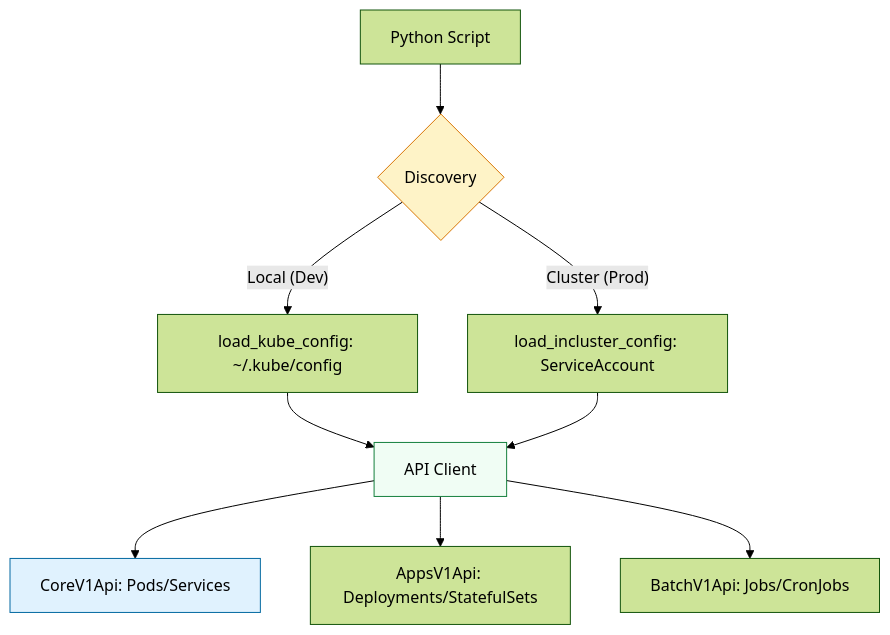
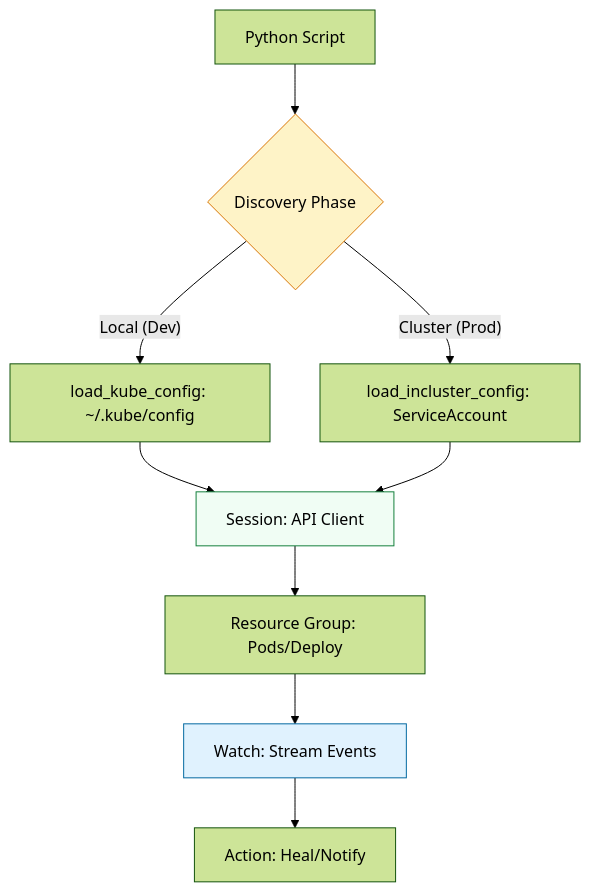
The diagram in 2-Intermediate/02-Phase-2/01-Infrastructure-Automation/01-Scripting-Automation/02-Python-for-Infrastructure/03-Part-3-The-Building-Blocks/03-Container-and-K8s-SDKs/README.md (Ganil151/Devops), drawn with Mermaid (forest theme) before and after one commit. The commit also changed other lines of this file and 490 other files, not shown here.

````diff
--- a/2-Intermediate/02-Phase-2/01-Infrastructure-Automation/01-Scripting-Automation/02-Python-for-Infrastructure/03-Part-3-The-Building-Blocks/03-Container-and-K8s-SDKs/README.md
+++ b/2-Intermediate/02-Phase-2/01-Infrastructure-Automation/01-Scripting-Automation/02-Python-for-Infrastructure/03-Part-3-The-Building-Blocks/03-Container-and-K8s-SDKs/README.md
@@ -33,14 +40,14 @@
 ```mermaid
 graph TD
-    A[Python Script] --> B{Discovery}
+    A[Python Script] --> B{Discovery Phase}
     B -- Local (Dev) --> C[load_kube_config: ~/.kube/config]
     B -- Cluster (Prod) --> D[load_incluster_config: ServiceAccount]
-    C & D --> E[API Client]
-    E --> F[CoreV1Api: Pods/Services]
-    E --> G[AppsV1Api: Deployments/StatefulSets]
-    E --> H[BatchV1Api: Jobs/CronJobs]
+    C & D --> E[Session: API Client]
+    E --> F[Resource Group: Pods/Deploy]
+    F --> G[Watch: Stream Events]
+    G --> H[Action: Heal/Notify]
     
     style B fill:#fef3c7,stroke:#d97706
     style E fill:#f0fdf4,stroke:#15803d
-    style F fill:#e0f2fe,stroke:#0369a1
+    style G fill:#e0f2fe,stroke:#0369a1
 ```
````
